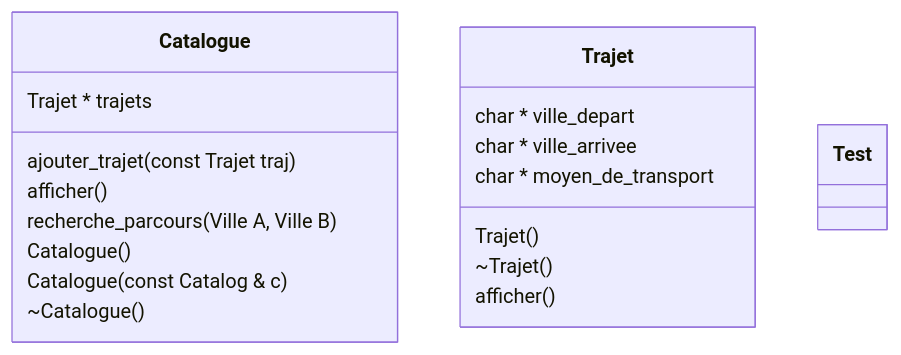
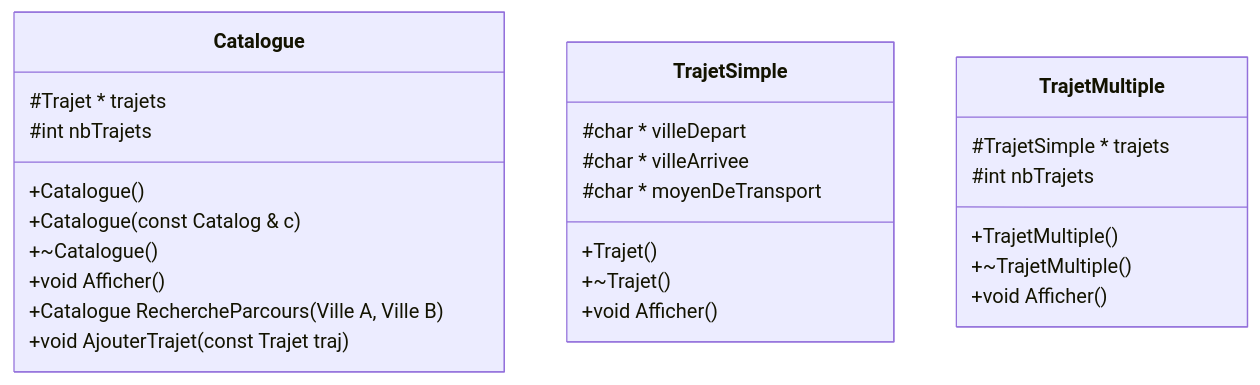
Before and after one commit to hugo-b-r/CPP-TP2: the first of 3 diagrams in README.md, drawn with Mermaid. The commit also changed other lines of this file and 22 other files, not shown here.

````diff
--- a/README.md
+++ b/README.md
@@ -5,37 +7,36 @@
 ```mermaid
+
 classDiagram
     class Catalogue {
-        Trajet * trajets
-        ajouter_trajet(const Trajet traj)
+        #Trajet * trajets
+        #int nbTrajets
         
-        afficher()
-        recherche_parcours(Ville A, Ville B)
-        Catalogue()
-        Catalogue(const Catalog & c)
-        ~Catalogue()
-    }
-    class Trajet {
-        char * ville_depart
-        char * ville_arrivee
-        char * moyen_de_transport
-        
-        Trajet()
-        ~Trajet()
-        afficher()
-    }
-    %% Trajet-->Catalogue
-    %%class Ville {
-    %%    nom_Ville
-    %%    
-    %%    Ville()
-    %%    Ville(const Ville &v)
-    %%    ~Ville()
-    %%}
-    %% Ville-->Trajet
-    %% Ville-->Catalogue
-
-    class Test {
-
+        +Catalogue()
+        +Catalogue(const Catalog & c)
+        +~Catalogue()
+        +void Afficher()
+        +Catalogue RechercheParcours(Ville A, Ville B)
+        +void AjouterTrajet(const Trajet traj)
     }
 
+    class TrajetSimple {
+        #char * villeDepart
+        #char * villeArrivee
+        #char * moyenDeTransport
+
+        +Trajet()
+        +~Trajet()
+        +void Afficher()
+    }
+
+    class TrajetMultiple {
+        #TrajetSimple * trajets
+        #int nbTrajets
+
+        +TrajetMultiple()
+        +~TrajetMultiple()
+        +void Afficher()
+    }
+
+
 ```
````
